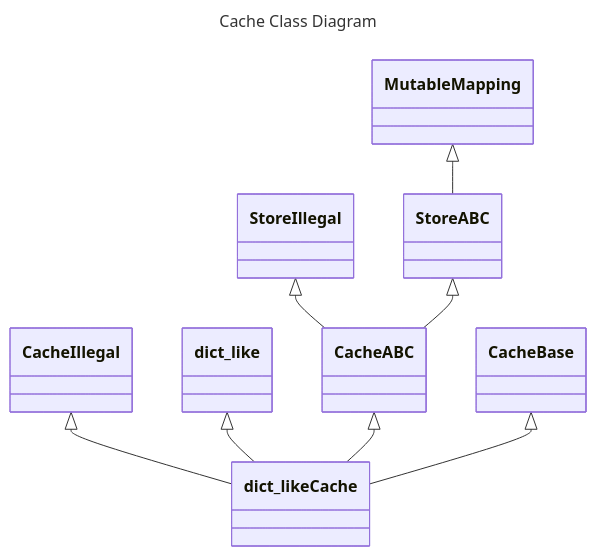
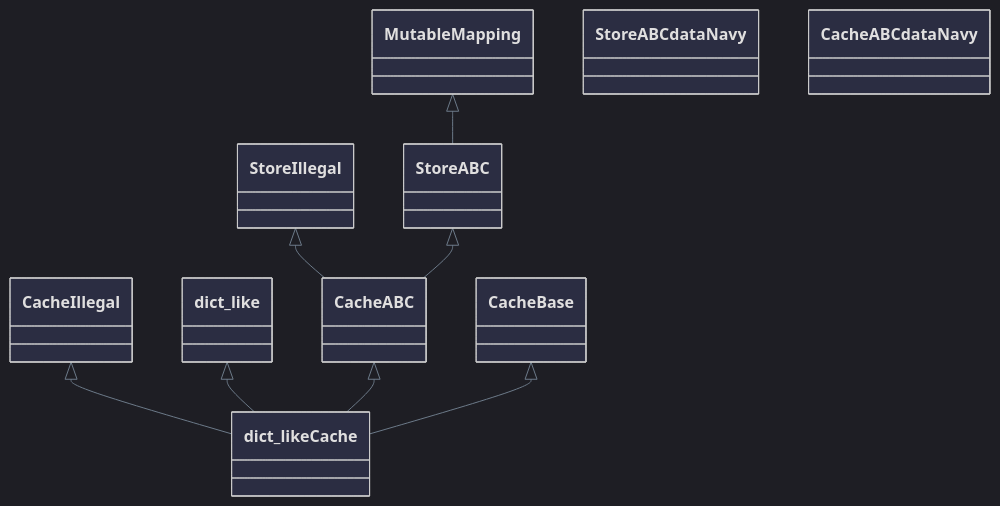
Before and after one commit to Shapedsundew9/erasmus-gp: the fifth of 5 diagrams in docs/components/storage/stores.md, drawn with Mermaid. The commit also changed other lines of this file and 21 other files, not shown here.

First line of the commit message:
Enhance Mermaid Diagrams and Color Consistency Across Documentation

````diff
--- a/docs/components/storage/stores.md
+++ b/docs/components/storage/stores.md
@@ -112,13 +143,18 @@
 ```mermaid
----
-title: Cache Class Diagram
----
+%%{init: { 'theme': 'dark', 'themeVariables': { 'lineColor': '#6c7a89', 'textColor': '#edf2f4', 'mainBkg': '#2b2d42', 'primaryBorderColor': '#4a4e69' }}}%%
 classDiagram
+    %% Base/Default (Dark Slate)
+    classDef default fill:#2b2d42,stroke:#4a4e69,stroke-width:2px,color:#edf2f4
+    classDef dataNavy fill:#2c3e50,stroke:#4a5c6e,stroke-width:2px,color:#ffffff
+
     MutableMapping <|-- StoreABC
     StoreIllegal <|-- CacheABC
     StoreABC <|-- CacheABC
     CacheIllegal <|-- dict_likeCache
     dict_like <|-- dict_likeCache
     CacheABC <|-- dict_likeCache
     CacheBase <|-- dict_likeCache
+
+    class StoreABC dataNavy
+    class CacheABC dataNavy
 ```
````
